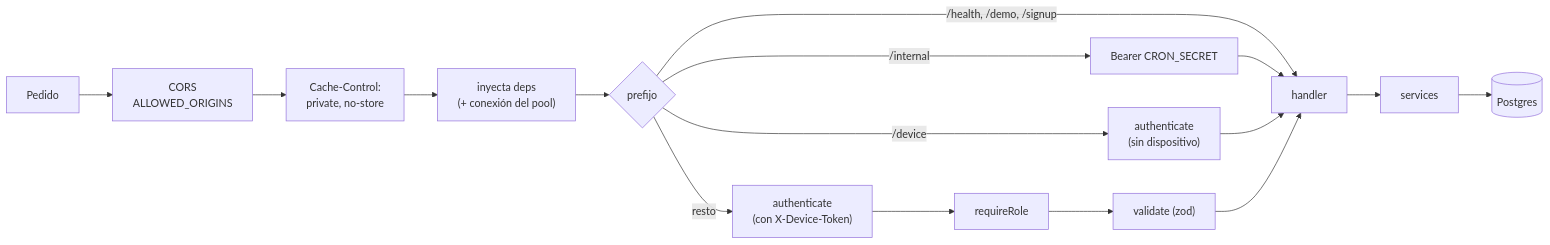
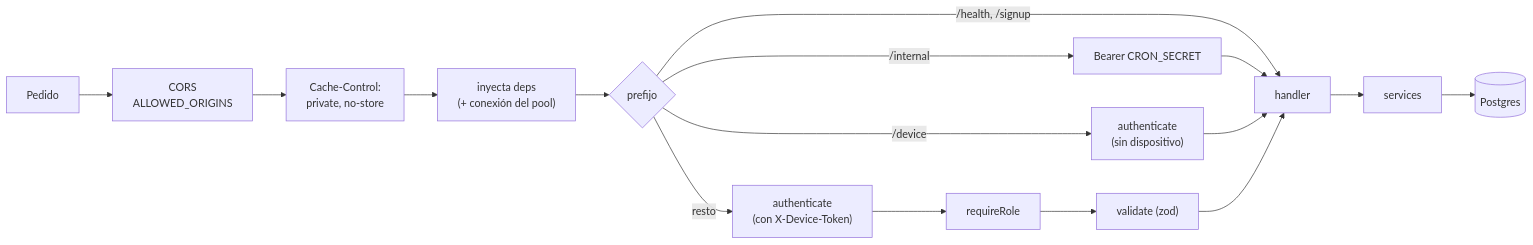
The second of 5 diagrams in docs/architecture.md (Nicolasgh91/red-cuidarte), drawn with Mermaid before and after one commit. The commit also changed other lines of this file and 89 other files, not shown here.

````diff
--- a/docs/architecture.md
+++ b/docs/architecture.md
@@ -126,12 +126,12 @@
 ```mermaid
 flowchart LR
   R[Pedido] --> CORS["CORS<br/>ALLOWED_ORIGINS"]
   CORS --> NS["Cache-Control:<br/>private, no-store"]
   NS --> D["inyecta deps<br/>(+ conexión del pool)"]
   D --> A{"prefijo"}
-  A -- "/health, /demo, /signup" --> H[handler]
+  A -- "/health, /signup" --> H[handler]
   A -- "/internal" --> CS["Bearer CRON_SECRET"] --> H
   A -- "/device" --> AU1["authenticate<br/>(sin dispositivo)"] --> H
   A -- "resto" --> AU2["authenticate<br/>(con X-Device-Token)"] --> RR["requireRole"] --> V["validate (zod)"] --> H
   H --> S[services] --> DB[(Postgres)]
 ```
````
